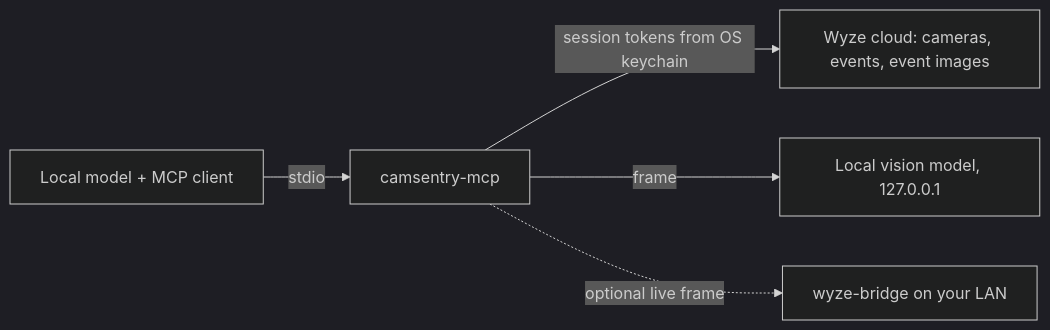
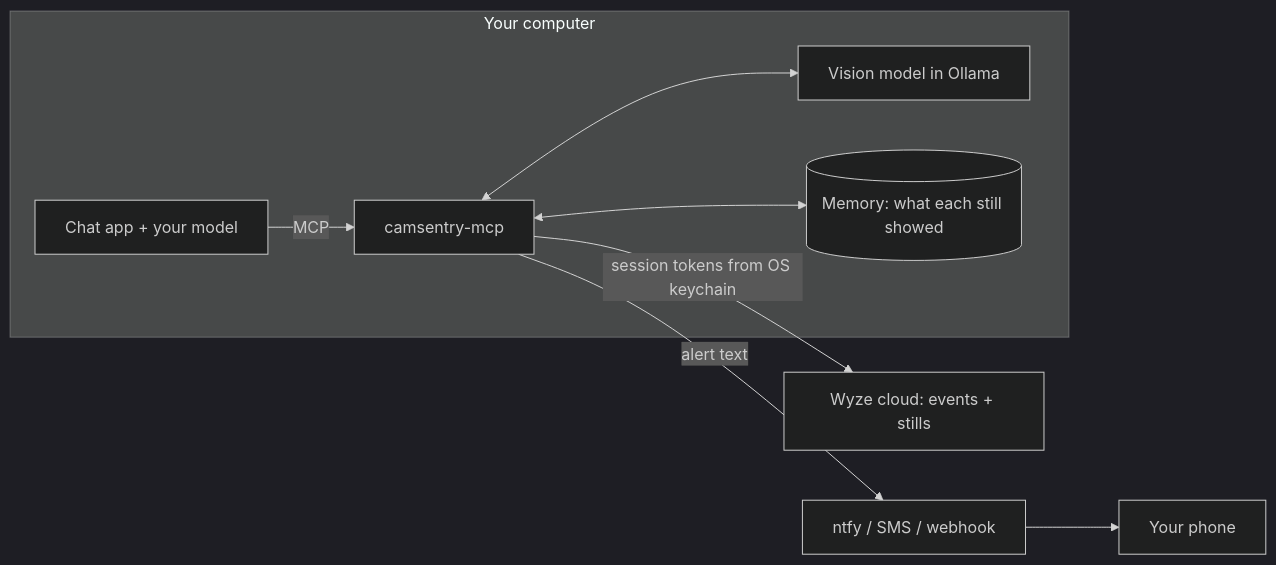
Before and after one commit to 14manj01/camsentry-mcp: the diagram in README.md, drawn with Mermaid (dark theme). The commit also changed other lines of this file and 25 other files, not shown here.

First line of the commit message:
Watch in the background, remember, piece stills together and notify the phone

````diff
--- a/README.md
+++ b/README.md
@@ -66,7 +89,10 @@
 ```mermaid
 flowchart LR
-    M[Local model + MCP client] -- stdio --> S[camsentry-mcp]
-    S -- session tokens from OS keychain --> W[Wyze cloud: cameras, events, event images]
-    S -- frame --> V[Local vision model, 127.0.0.1]
-    S -. optional live frame .-> B[wyze-bridge on your LAN]
+    subgraph PC[Your computer]
+        M[Chat app + your model] -- MCP --> S[camsentry-mcp]
+        S <--> V[Vision model in Ollama]
+        S <--> D[(Memory: what each still showed)]
+    end
+    S -- session tokens from OS keychain --> W[Wyze cloud: events + stills]
+    S -- alert text --> N[ntfy / SMS / webhook] --> P[Your phone]
 ```
````
